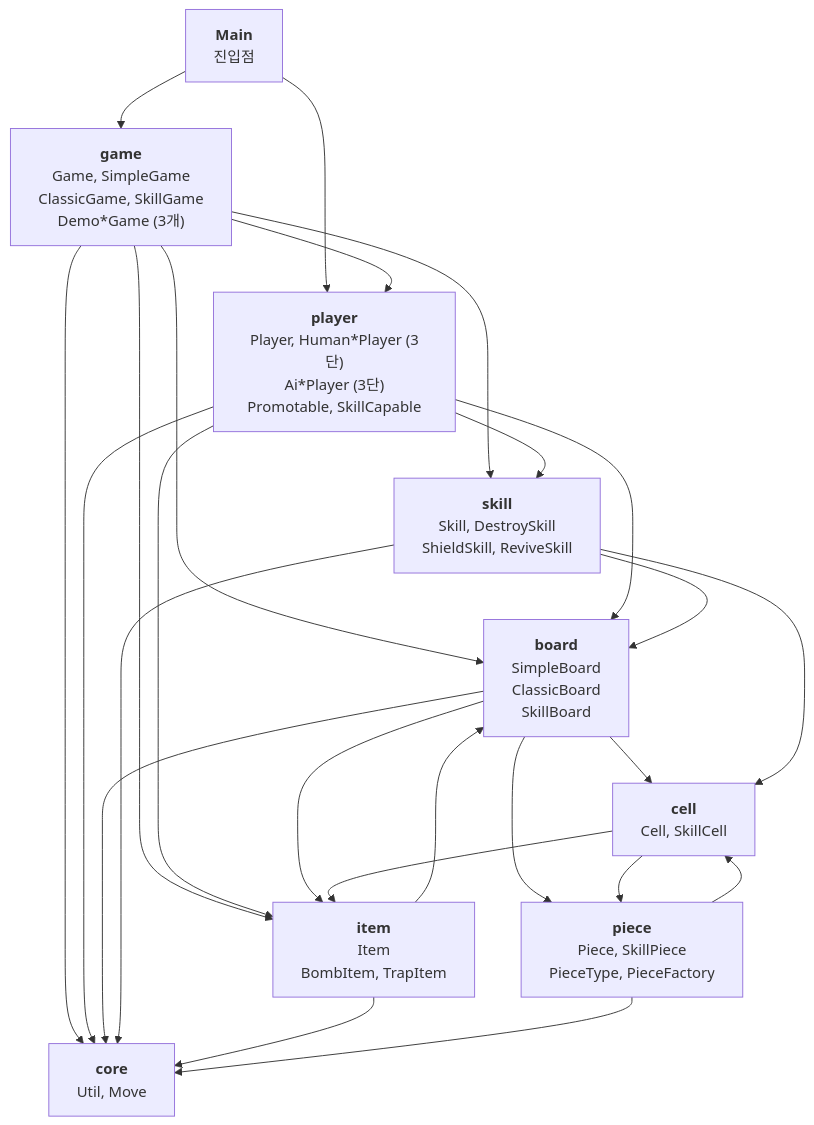
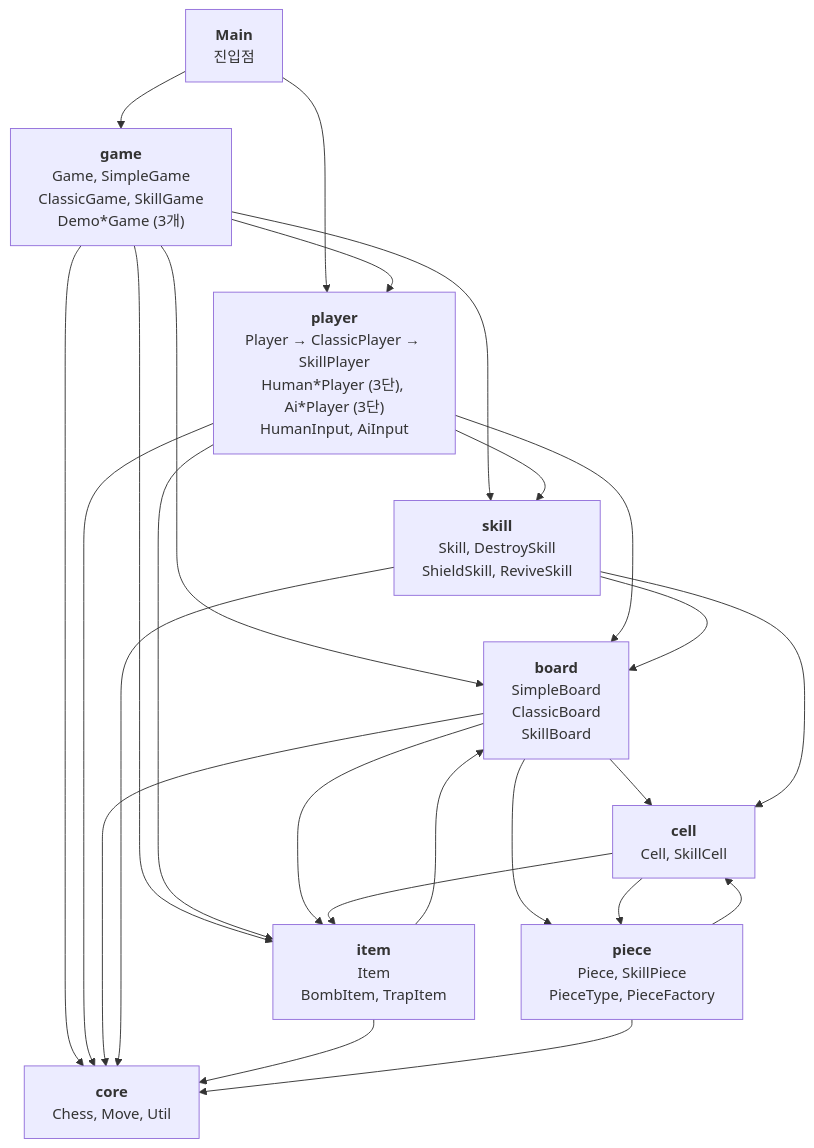
Before and after one commit to weweweme/teamnova_basic_class: the sixth of 6 diagrams in week5/CLAUDE.md, drawn with Mermaid. The commit also changed other lines of this file and 15 other files, not shown here.

````diff
--- a/week5/CLAUDE.md
+++ b/week5/CLAUDE.md
@@ -514,45 +578,45 @@
 ```mermaid
 graph TB
     Main["<b>Main</b><br/>진입점"]
     game["<b>game</b><br/>Game, SimpleGame<br/>ClassicGame, SkillGame<br/>Demo*Game (3개)"]
-    player["<b>player</b><br/>Player, Human*Player (3단)<br/>Ai*Player (3단)<br/>Promotable, SkillCapable"]
+    player["<b>player</b><br/>Player → ClassicPlayer → SkillPlayer<br/>Human*Player (3단), Ai*Player (3단)<br/>HumanInput, AiInput"]
     board["<b>board</b><br/>SimpleBoard<br/>ClassicBoard<br/>SkillBoard"]
     piece["<b>piece</b><br/>Piece, SkillPiece<br/>PieceType, PieceFactory"]
     cell["<b>cell</b><br/>Cell, SkillCell"]
     skill["<b>skill</b><br/>Skill, DestroySkill<br/>ShieldSkill, ReviveSkill"]
     item["<b>item</b><br/>Item<br/>BombItem, TrapItem"]
-    core["<b>core</b><br/>Util, Move"]
+    core["<b>core</b><br/>Chess, Move, Util"]
 
     Main --> game
     Main --> player
 
     game --> board
     game --> player
     game --> skill
     game --> item
 
     player --> board
     player --> skill
     player --> item
 
     board --> cell
     board --> piece
     board --> item
 
     skill --> board
     skill --> cell
 
     item --> board
 
     piece --> cell
 
     cell --> piece
     cell --> item
 
     game --> core
     player --> core
     board --> core
     skill --> core
     item --> core
     piece --> core
 ```
````
